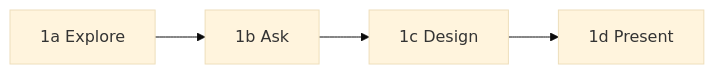
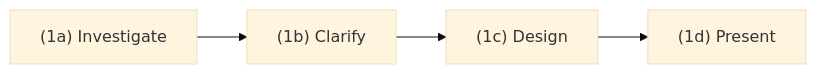
The second of 3 diagrams in README.md (binaryphile/tandem-protocol), drawn with Mermaid (base theme) before and after one commit. The commit also changed other lines of this file and 4 other files, not shown here.

````diff
--- a/README.md
+++ b/README.md
@@ -73,4 +84,4 @@
 ```mermaid
 flowchart LR
-    A[1a Explore] --> B[1b Ask] --> C[1c Design] --> D[1d Present]
+    A["(1a) Investigate"] --> B["(1b) Clarify"] --> C["(1c) Design"] --> D["(1d) Present"]
 ```
````
